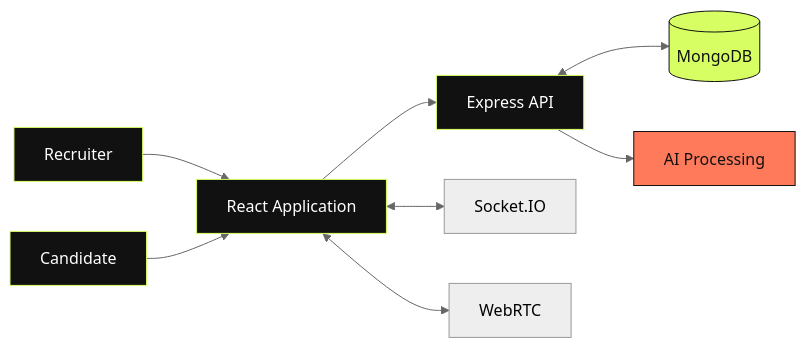
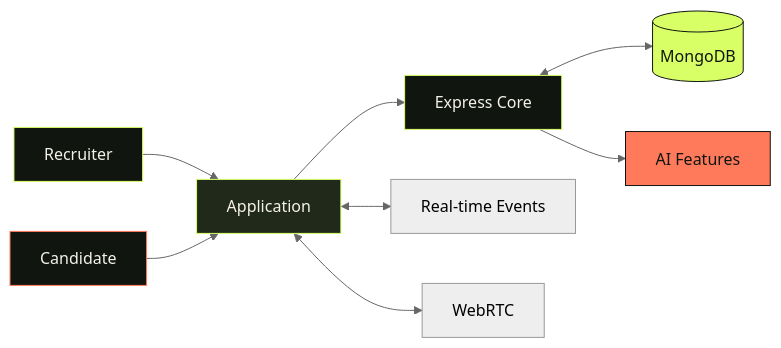
One commit to sandhruv/sandhruv changed the second of 3 diagrams in README.md. Above: the diagram before and after it, drawn with Mermaid (neutral theme). The commit also changed other lines of this file, not shown here.

````diff
--- a/README.md
+++ b/README.md
@@ -192,17 +162,17 @@
 ```mermaid
 flowchart LR
-    A["Recruiter"] --> B["React Application"]
-    C["Candidate"] --> B
-    B --> D["Express API"]
+    A["Recruiter"] --> C["Application"]
+    B["Candidate"] --> C
+    C --> D["Express Core"]
     D <--> E[("MongoDB")]
-    D --> F["AI Processing"]
-    B <--> G["Socket.IO"]
-    B <--> H["WebRTC"]
+    D --> F["AI Features"]
+    C <--> G["Real-time Events"]
+    C <--> H["WebRTC"]
 
-    style A fill:#111111,stroke:#D7FF64,color:#FFFFFF
-    style C fill:#111111,stroke:#D7FF64,color:#FFFFFF
-    style B fill:#111111,stroke:#D7FF64,color:#FFFFFF
-    style D fill:#111111,stroke:#D7FF64,color:#FFFFFF
-    style E fill:#D7FF64,stroke:#111111,color:#111111
-    style F fill:#FF795B,stroke:#111111,color:#111111
+    style A fill:#111510,stroke:#D8FF66,color:#F4F2E8
+    style B fill:#111510,stroke:#FF795B,color:#F4F2E8
+    style C fill:#20291A,stroke:#D8FF66,color:#F4F2E8
+    style D fill:#111510,stroke:#D8FF66,color:#F4F2E8
+    style E fill:#D8FF66,stroke:#111510,color:#111510
+    style F fill:#FF795B,stroke:#111510,color:#111510
 ```
````
